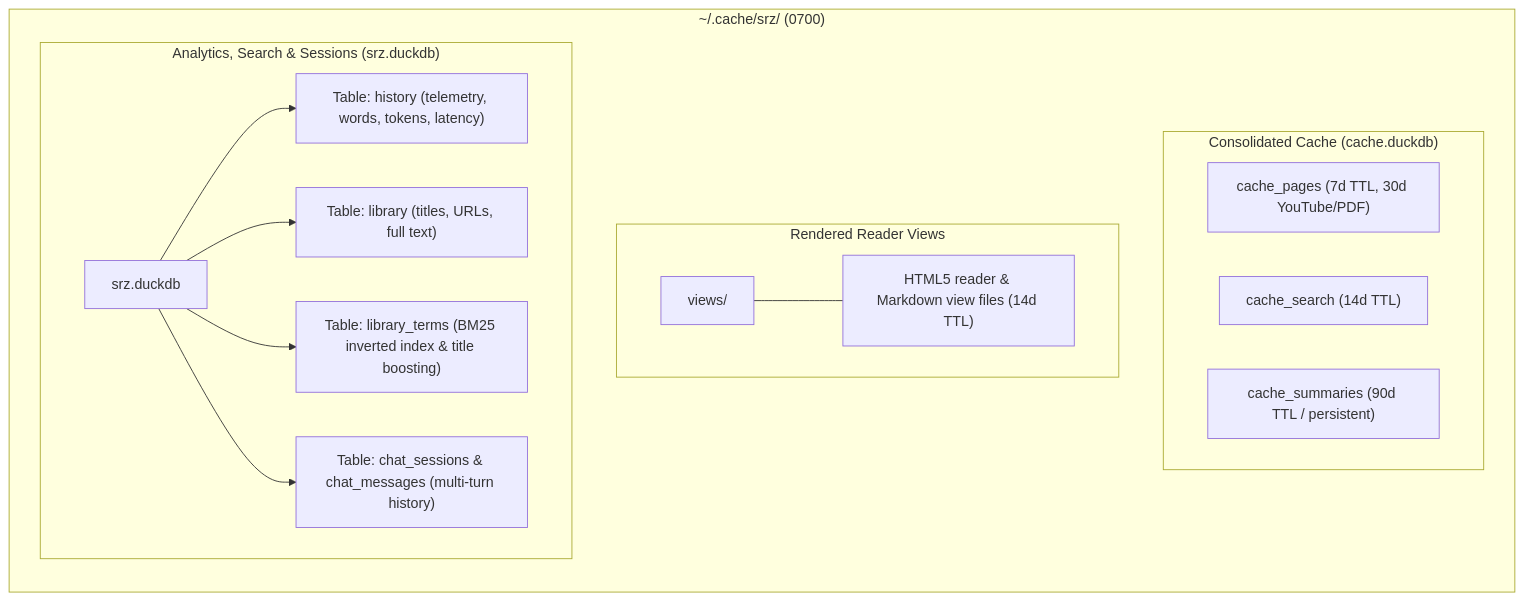
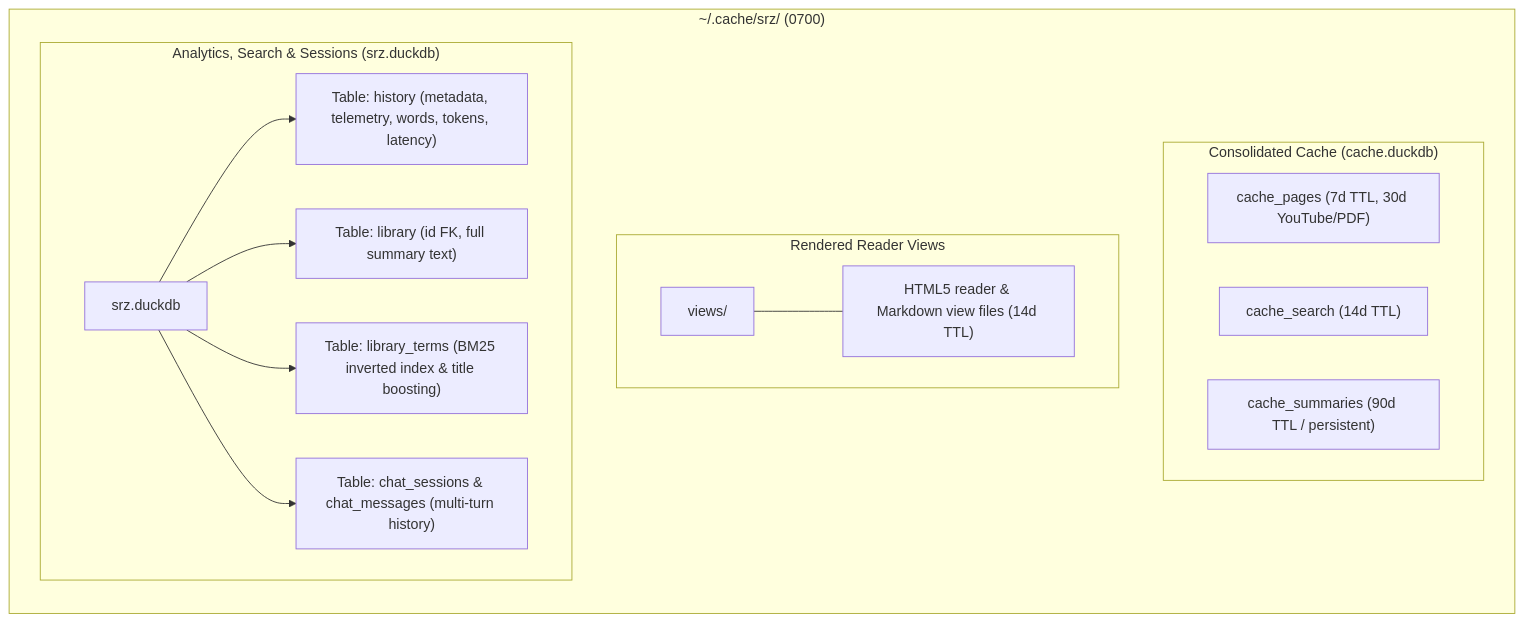
One commit to NewGuy012/srz changed the second of 2 diagrams in book/src/architecture.md. Above: the diagram before and after it, drawn with Mermaid. The commit also changed other lines of this file and 2 other files, not shown here.

Commit message:
docs(book): update architecture and configuration with normalized schema, mathjax, and profile options

````diff
--- a/book/src/architecture.md
+++ b/book/src/architecture.md
@@ -76,20 +77,20 @@
 ```mermaid
 graph LR
     subgraph CacheRoot["~/.cache/srz/ (0700)"]
         subgraph CacheEngine["Consolidated Cache (cache.duckdb)"]
             CP["cache_pages (7d TTL, 30d YouTube/PDF)"]
             CS["cache_search (14d TTL)"]
             CM["cache_summaries (90d TTL / persistent)"]
         end
         subgraph ViewsDir["Rendered Reader Views"]
             V["views/"] --- V_desc["HTML5 reader & Markdown view files (14d TTL)"]
         end
         subgraph LibraryDB["Analytics, Search & Sessions (srz.duckdb)"]
             D["srz.duckdb"]
-            D --> T1["Table: history (telemetry, words, tokens, latency)"]
-            D --> T2["Table: library (titles, URLs, full text)"]
+            D --> T1["Table: history (metadata, telemetry, words, tokens, latency)"]
+            D --> T2["Table: library (id FK, full summary text)"]
             D --> T3["Table: library_terms (BM25 inverted index & title boosting)"]
             D --> T4["Table: chat_sessions & chat_messages (multi-turn history)"]
         end
     end
 ```
````
